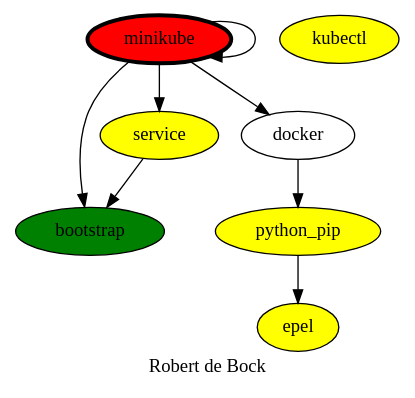
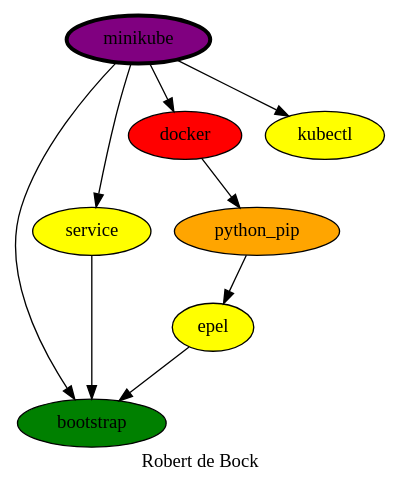
One commit to robertdebock/drawings changed the diagram in minikube.dot. Above: the diagram before and after it, drawn with Graphviz.

Commit message:
Fix minikube

```diff
--- a/minikube.dot
+++ b/minikube.dot
@@ -1,16 +1,17 @@
 digraph PhiloDilemma {
   label = "Robert de Bock" ;
   overlap=false
   {
     bootstrap [fillcolor=green style=filled]
     service [fillcolor=yellow style=filled]
     epel [fillcolor=yellow style=filled]
-    python_pip [fillcolor=yellow style=filled]
+    docker [fillcolor=red style=filled]
+    python_pip [fillcolor=orange style=filled]
     kubectl [fillcolor=yellow style=filled]
-    minikube [fillcolor=red style=filled penwidth=3]
+    minikube [fillcolor=purple style=filled penwidth=3]
   }
-  minikube -> {service minikube docker}
+  minikube -> {service kubectl docker}
   docker -> python_pip
   python_pip -> epel
-  {minikube service} -> bootstrap
+  {epel minikube service} -> bootstrap
 }
```
